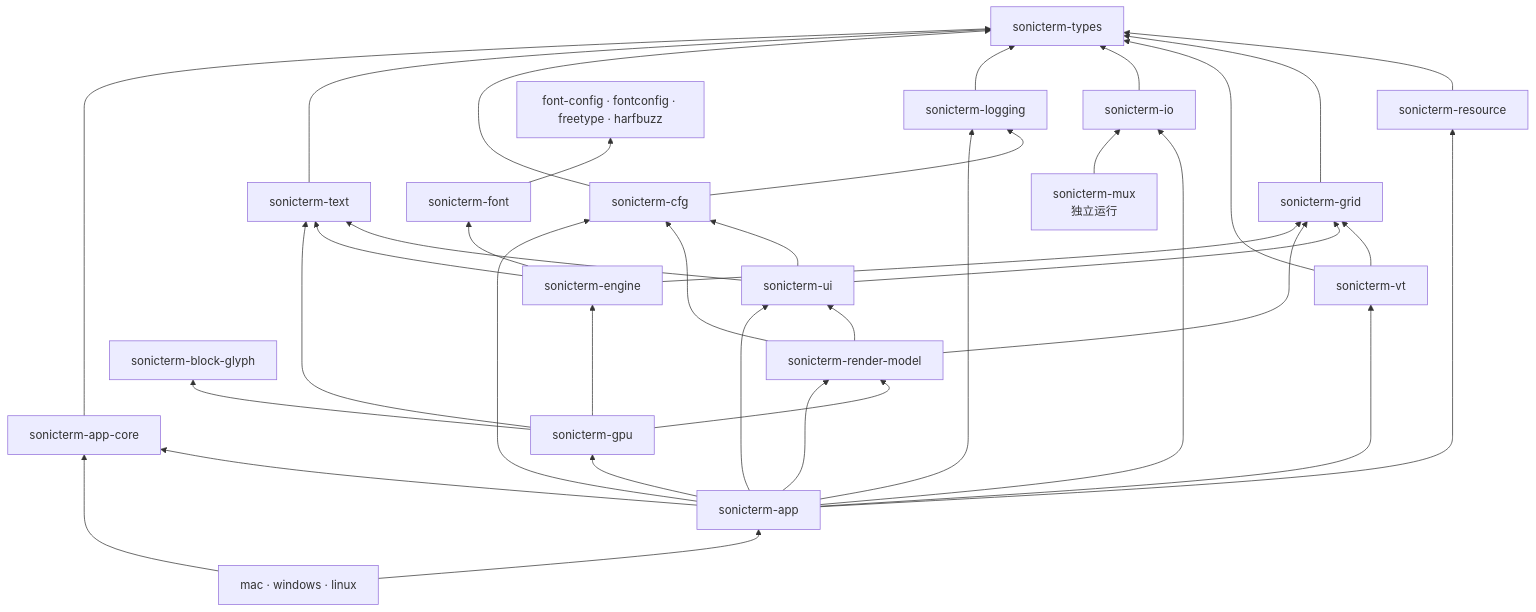
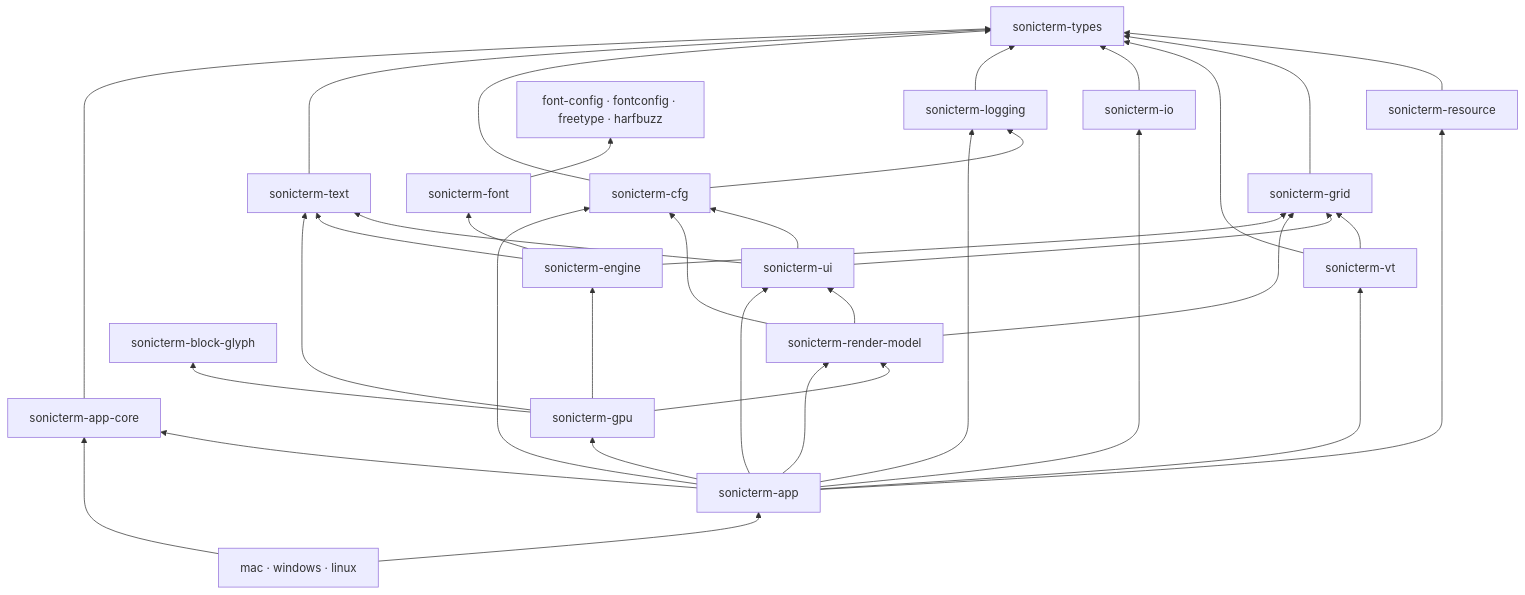
The second of 2 diagrams in wiki/Crate-Reference.md (D0n9X1n/SonicTerm), drawn with Mermaid before and after one commit. The commit also changed other lines of this file and 31 other files, not shown here.

````diff
--- a/wiki/Crate-Reference.md
+++ b/wiki/Crate-Reference.md
@@ -380,59 +347,57 @@
 ```mermaid
 flowchart BT
     types["sonicterm-types"]
     resource["sonicterm-resource"]
     grid["sonicterm-grid"]
     vt["sonicterm-vt"]
     io["sonicterm-io"]
     logging["sonicterm-logging"]
     cfg["sonicterm-cfg"]
     text["sonicterm-text"]
     ui["sonicterm-ui"]
     model["sonicterm-render-model"]
     fontparts["font-config · fontconfig · freetype · harfbuzz"]
     font["sonicterm-font"]
     engine["sonicterm-engine"]
     block["sonicterm-block-glyph"]
     gpu["sonicterm-gpu"]
     core["sonicterm-app-core"]
     app["sonicterm-app"]
     platforms["mac · windows · linux"]
-    mux["sonicterm-mux<br/>独立运行"]
 
     resource --> types
     grid --> types
     vt --> grid
     vt --> types
     io --> types
     logging --> types
     cfg --> logging
     cfg --> types
     text --> types
     ui --> cfg
     ui --> grid
     ui --> text
     model --> cfg
     model --> grid
     model --> ui
     font --> fontparts
     engine --> font
     engine --> grid
     engine --> text
     gpu --> block
     gpu --> model
     gpu --> engine
     gpu --> text
     core --> types
     app --> core
     app --> vt
     app --> io
     app --> cfg
     app --> ui
     app --> model
     app --> gpu
     app --> resource
     app --> logging
     platforms --> app
     platforms --> core
-    mux --> io
 ```
````
